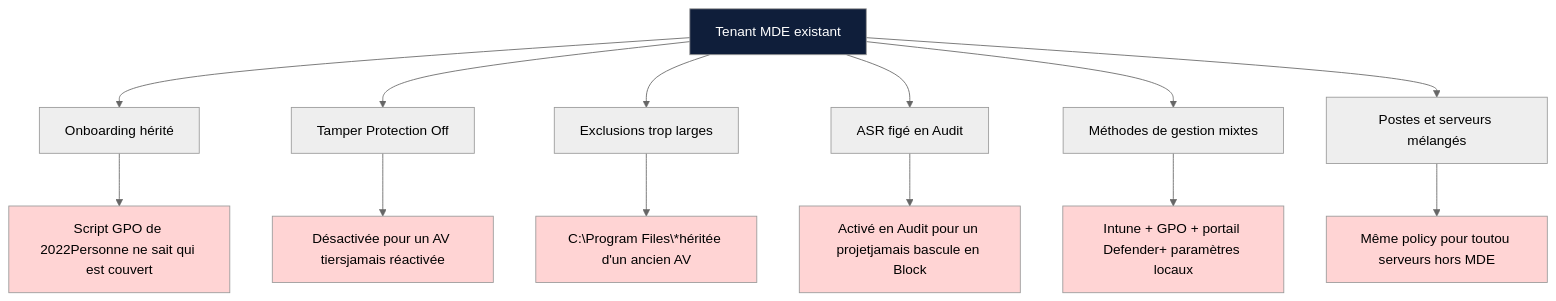
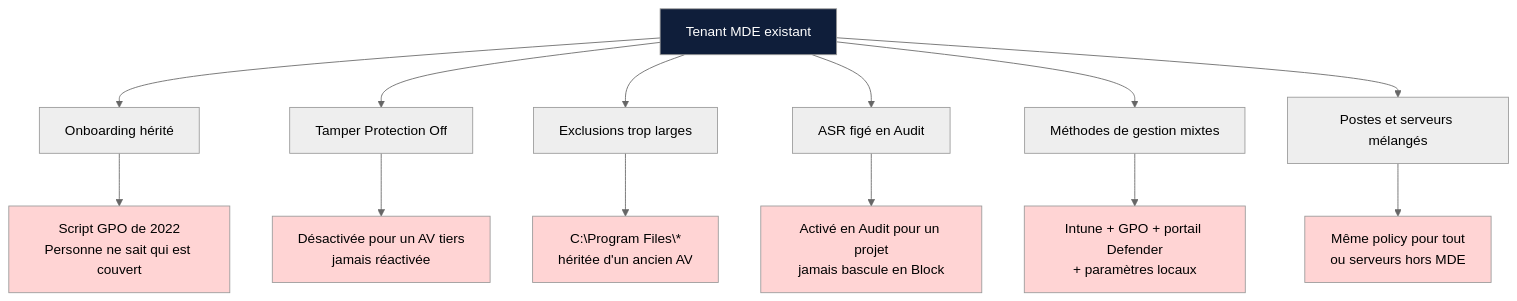
One commit to sebastienmiro/sebastienmiro.github.io changed the first of 3 diagrams in _posts/series/mde-foundations/2025-05-16-mde-foundations-ep1-etat-des-lieux-feuille-de-route.md. Above: the diagram before and after it, drawn with Mermaid (neutral theme). The commit also changed other lines of this file, not shown here.

First line of the commit message:
Improve clarity and structure of MDE Foundations episode 1

````diff
--- a/_posts/series/mde-foundations/2025-05-16-mde-foundations-ep1-etat-des-lieux-feuille-de-route.md
+++ b/_posts/series/mde-foundations/2025-05-16-mde-foundations-ep1-etat-des-lieux-feuille-de-route.md
@@ -35,24 +31,24 @@
 ```mermaid
 flowchart TD
     A[Tenant MDE existant] --> B[Onboarding hérité]
     A --> C[Tamper Protection Off]
     A --> D[Exclusions trop larges]
     A --> E[ASR figé en Audit]
     A --> F[Méthodes de gestion mixtes]
     A --> G[Postes et serveurs mélangés]
 
-    B --> B1[Script GPO de 2022Personne ne sait qui est couvert]
-    C --> C1[Désactivée pour un AV tiersjamais réactivée]
-    D --> D1[C:\Program Files\*héritée d'un ancien AV]
-    E --> E1[Activé en Audit pour un projetjamais bascule en Block]
-    F --> F1[Intune + GPO + portail Defender+ paramètres locaux]
-    G --> G1[Même policy pour toutou serveurs hors MDE]
+    B --> B1[Script GPO de 2022<br/>Personne ne sait qui est couvert]
+    C --> C1[Désactivée pour un AV tiers<br/>jamais réactivée]
+    D --> D1[C:\Program Files\*<br/>héritée d'un ancien AV]
+    E --> E1[Activé en Audit pour un projet<br/>jamais bascule en Block]
+    F --> F1[Intune + GPO + portail Defender<br/>+ paramètres locaux]
+    G --> G1[Même policy pour tout<br/>ou serveurs hors MDE]
 
     style A fill:#0f1e3a,color:#fff
     style B1 fill:#ffd4d4
     style C1 fill:#ffd4d4
     style D1 fill:#ffd4d4
     style E1 fill:#ffd4d4
     style F1 fill:#ffd4d4
     style G1 fill:#ffd4d4
 ```
````
